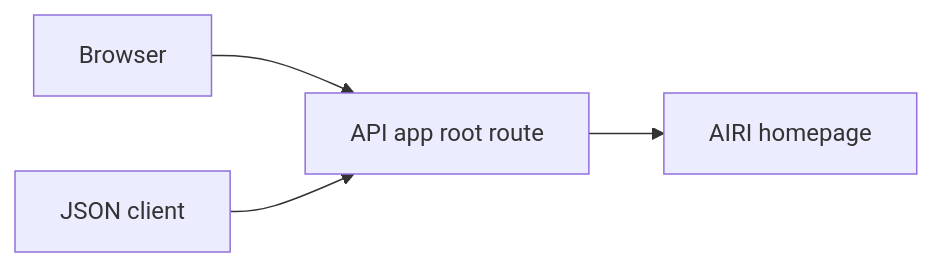
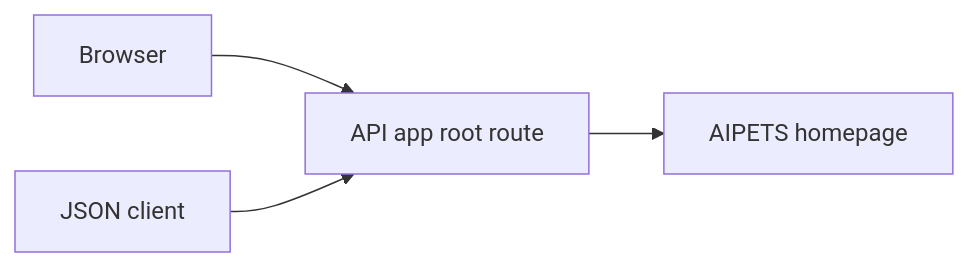
The first of 2 diagrams in server/docs/ai/adr/2026-09-30-api-root-browser-redirect.md (kallen-noelle/AIPets), drawn with Mermaid before and after one commit. The commit also changed 55 other files, not shown here.

Commit message:
refactor(server): rename airi to aipets in auth and shared server packages

````diff
--- a/server/docs/ai/adr/2026-09-30-api-root-browser-redirect.md
+++ b/server/docs/ai/adr/2026-09-30-api-root-browser-redirect.md
@@ -23,6 +23,6 @@
 ```mermaid
 graph LR
   Browser --> API[API app root route]
-  API --> Product[AIRI homepage]
+  API --> Product[AIPETS homepage]
   Client[JSON client] --> API
 ```
````
